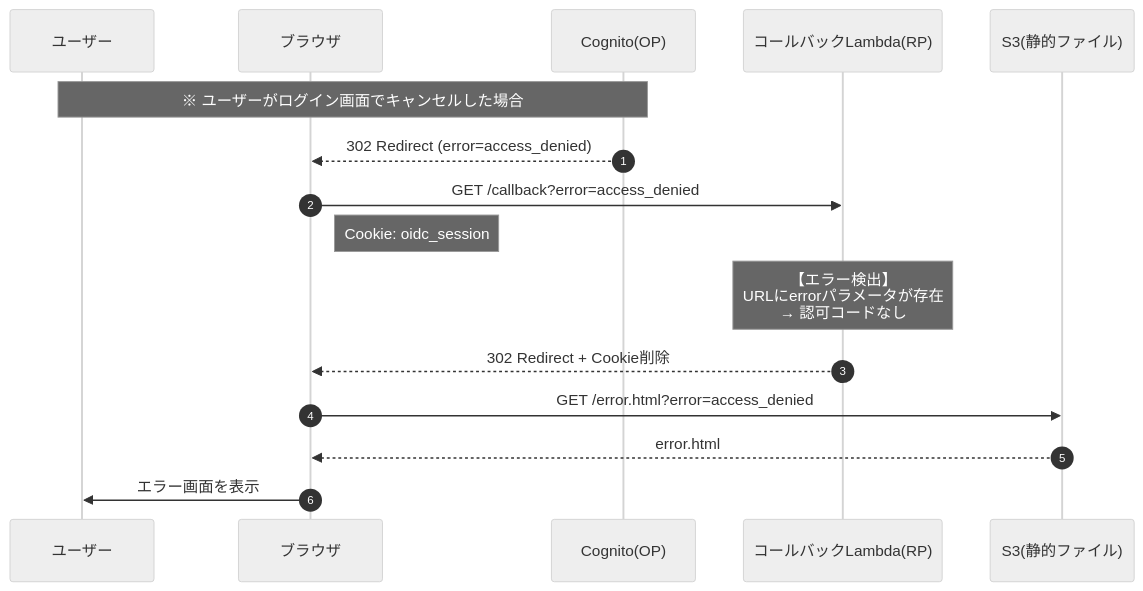
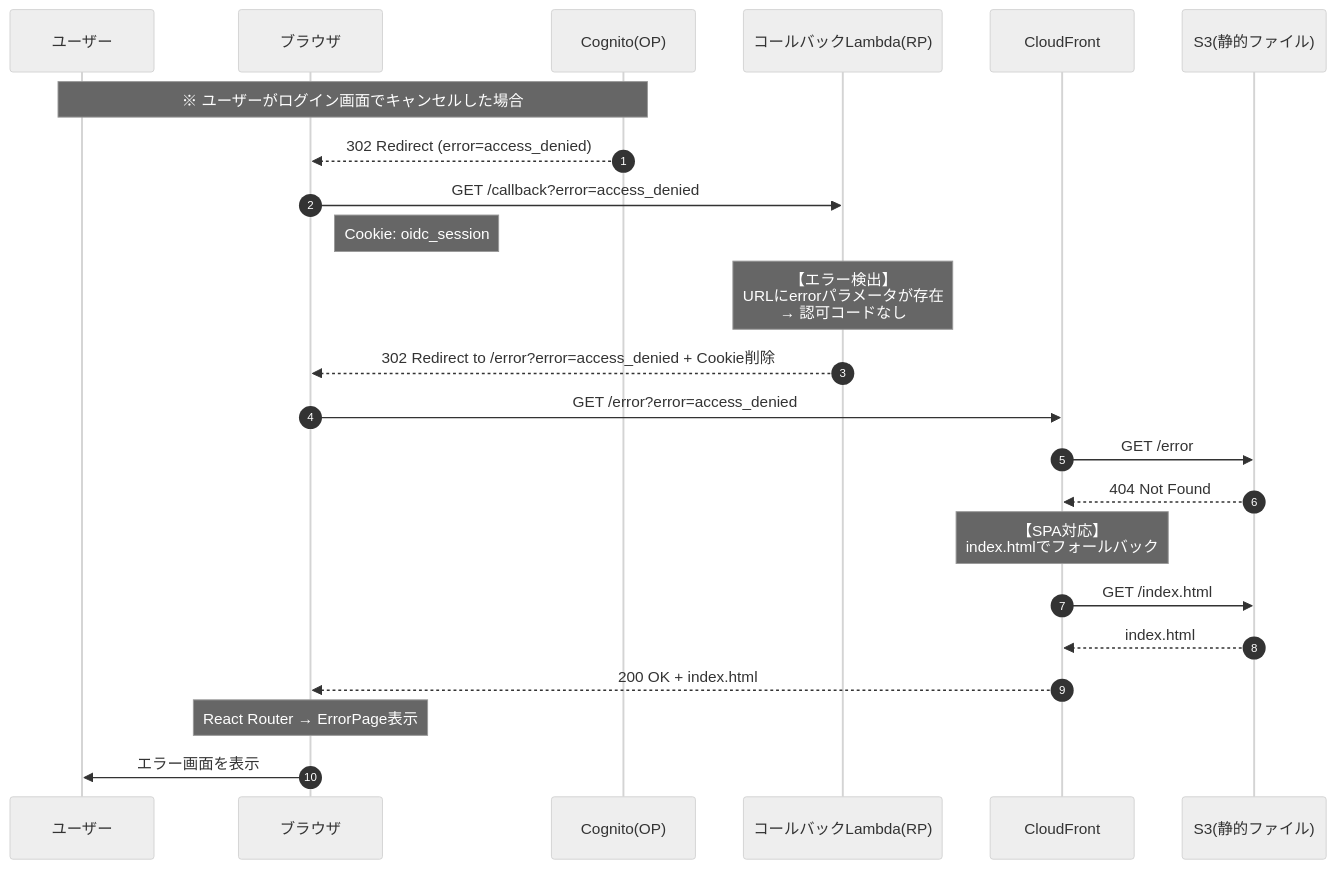
The fourth of 8 diagrams in docs/backend-design.md (kasiopeiya/oidc-learning-sandbox), drawn with Mermaid (neutral theme) before and after one commit. The commit also changed other lines of this file and 27 other files, not shown here.

````diff
--- a/docs/backend-design.md
+++ b/docs/backend-design.md
@@ -185,22 +204,29 @@
 ```mermaid
 sequenceDiagram
     autonumber
     participant User as ユーザー
     participant Browser as ブラウザ
     participant OP as Cognito(OP)
     participant L2 as コールバックLambda(RP)
+    participant CF as CloudFront
     participant S3 as S3(静的ファイル)
 
     Note over User,OP: ※ ユーザーがログイン画面でキャンセルした場合
 
     OP-->>Browser: 302 Redirect (error=access_denied)
     Browser->>L2: GET /callback?error=access_denied
     Note right of Browser: Cookie: oidc_session
 
     Note over L2: 【エラー検出】<br/>URLにerrorパラメータが存在<br/>→ 認可コードなし
 
-    L2-->>Browser: 302 Redirect + Cookie削除
-    Browser->>S3: GET /error.html?error=access_denied
-    S3-->>Browser: error.html
+    L2-->>Browser: 302 Redirect to /error?error=access_denied + Cookie削除
+    Browser->>CF: GET /error?error=access_denied
+    CF->>S3: GET /error
+    S3-->>CF: 404 Not Found
+    Note over CF: 【SPA対応】<br/>index.htmlでフォールバック
+    CF->>S3: GET /index.html
+    S3-->>CF: index.html
+    CF-->>Browser: 200 OK + index.html
+    Note over Browser: React Router → ErrorPage表示
     Browser->>User: エラー画面を表示
 ```
````
